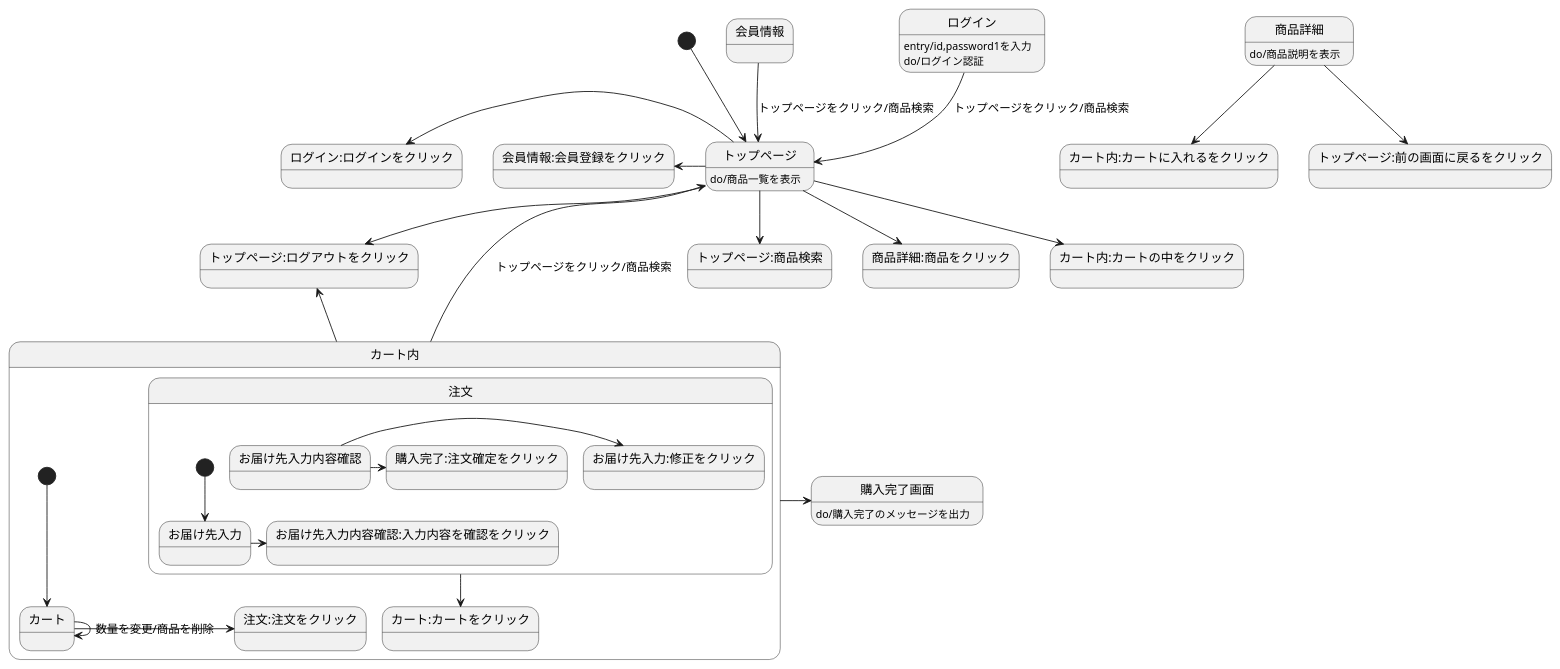
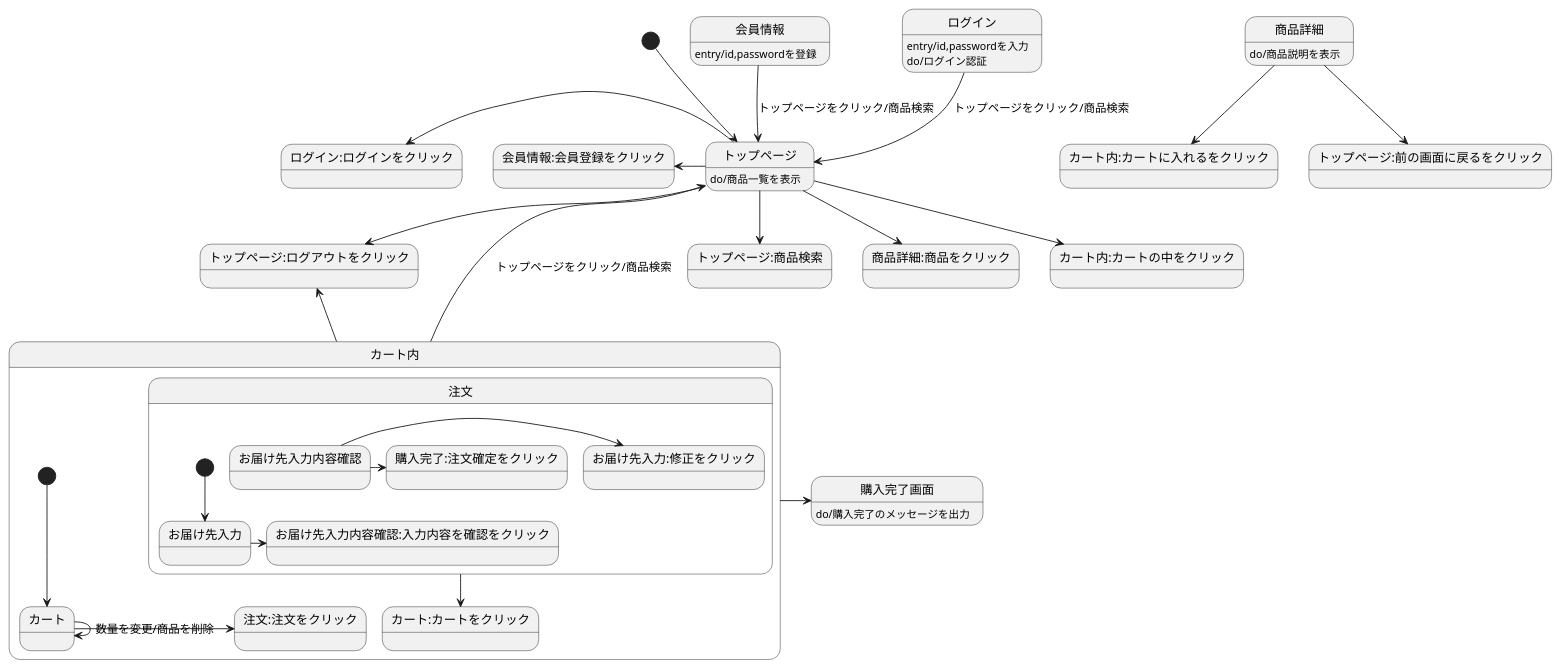
Before and after one commit to Aso2001224/2021sys-design: the diagram in 画面遷移図.md, drawn with PlantUML.

````diff
--- a/画面遷移図.md
+++ b/画面遷移図.md
@@ -1,35 +1,36 @@
 ```uml
 @startuml
 [*] --> トップページ
 会員情報--> トップページ:トップページをクリック/商品検索
+会員情報:entry/id,passwordを登録
 ログイン--> トップページ:トップページをクリック/商品検索
-ログイン:entry/id,password1を入力
+ログイン:entry/id,passwordを入力
 ログイン:do/ログイン認証
 トップページ-->トップページ:ログアウトをクリック
 トップページ-->トップページ:商品検索
 トップページ-->商品詳細:商品をクリック
 トップページ-left-> 会員情報:会員登録をクリック
 トップページ-left->ログイン:ログインをクリック
 トップページ-->カート内:カートの中をクリック
 トップページ:do/商品一覧を表示
 商品詳細-->カート内:カートに入れるをクリック
 商品詳細-->トップページ:前の画面に戻るをクリック
 商品詳細:do/商品説明を表示
 カート内-up->トップページ:トップページをクリック/商品検索
 カート内-up->トップページ:ログアウトをクリック
 カート内->購入完了画面
 購入完了画面:do/購入完了のメッセージを出力
 state カート内{
 [*]-->カート
 カート->注文:注文をクリック
 カート-> カート:数量を変更/商品を削除
 注文-->カート:カートをクリック
 state 注文{
 [*]-->お届け先入力
 お届け先入力->お届け先入力内容確認:入力内容を確認をクリック
 お届け先入力内容確認-> お届け先入力:修正をクリック
 お届け先入力内容確認->購入完了:注文確定をクリック
 }
 }
 @enduml
 ```
````
